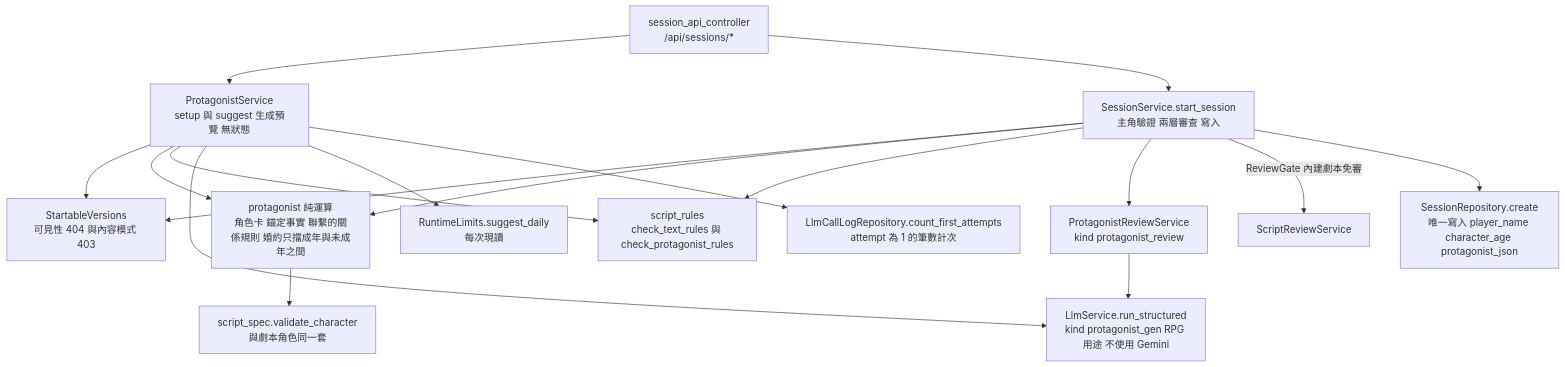
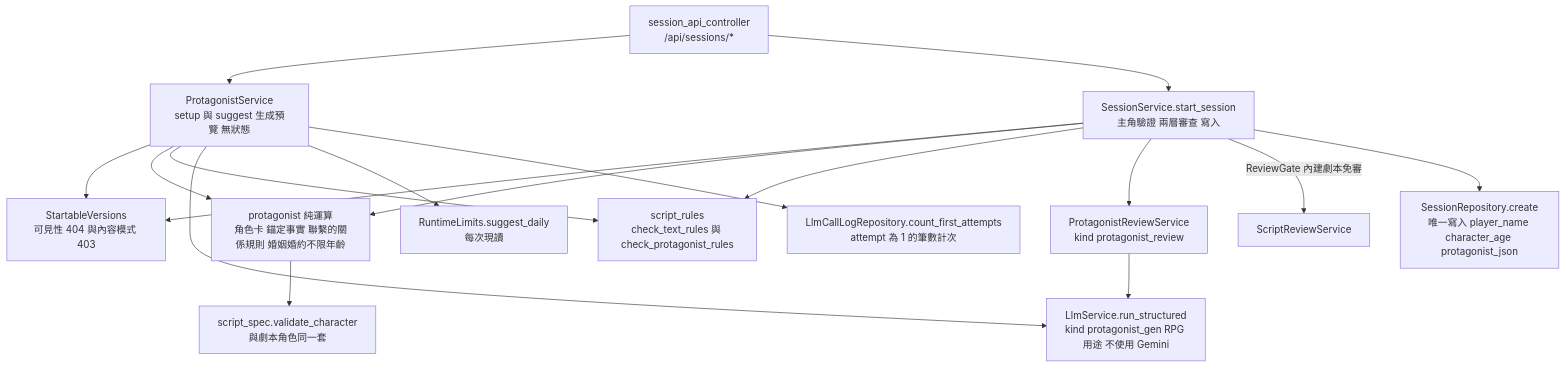
The fourth of 7 diagrams in docs/系統架構-architecture.md (pp466pp466/R.A.C), drawn with Mermaid before and after one commit. The commit also changed other lines of this file and 25 other files, not shown here.

````diff
--- a/docs/系統架構-architecture.md
+++ b/docs/系統架構-architecture.md
@@ -175,19 +175,19 @@
 ```mermaid
 flowchart TD
     Ctl["session_api_controller<br/>/api/sessions/*"] --> PSvc["ProtagonistService<br/>setup 與 suggest 生成預覽 無狀態"]
     Ctl --> SSvc["SessionService.start_session<br/>主角驗證 兩層審查 寫入"]
     PSvc --> Start["StartableVersions<br/>可見性 404 與內容模式 403"]
     SSvc --> Start
-    PSvc --> Pro["protagonist 純運算<br/>角色卡 錨定事實 聯繫的關係規則 婚約只擋成年與未成年之間"]
+    PSvc --> Pro["protagonist 純運算<br/>角色卡 錨定事實 聯繫的關係規則 婚姻婚約不限年齡"]
     SSvc --> Pro
     Pro --> Spec["script_spec.validate_character<br/>與劇本角色同一套"]
     PSvc --> Rules["script_rules<br/>check_text_rules 與 check_protagonist_rules"]
     SSvc --> Rules
     PSvc --> Llm["LlmService.run_structured<br/>kind protagonist_gen RPG 用途 不使用 Gemini"]
     SSvc --> PRev["ProtagonistReviewService<br/>kind protagonist_review"]
     PRev --> Llm
     SSvc -->|"ReviewGate 內建劇本免審"| Rev["ScriptReviewService"]
     PSvc --> Lim["RuntimeLimits.suggest_daily<br/>每次現讀"]
     PSvc --> Ledger["LlmCallLogRepository.count_first_attempts<br/>attempt 為 1 的筆數計次"]
     SSvc --> SRepo["SessionRepository.create<br/>唯一寫入 player_name character_age protagonist_json"]
 ```
````
